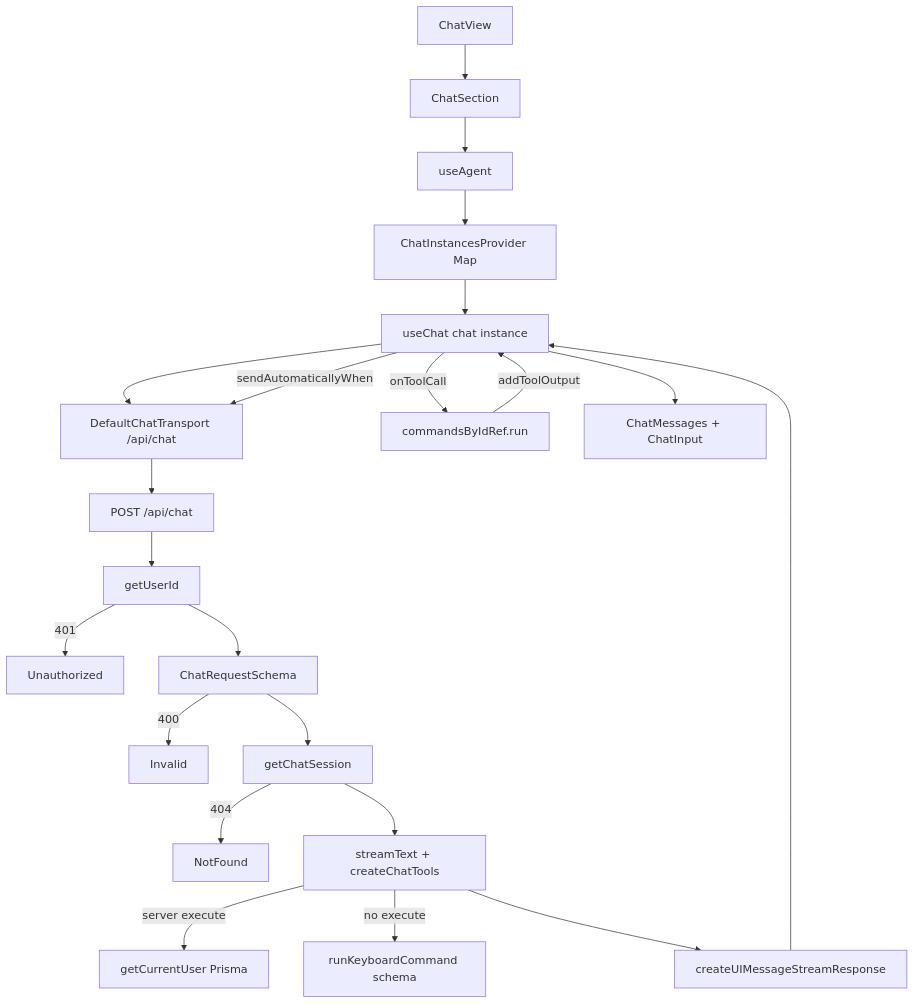
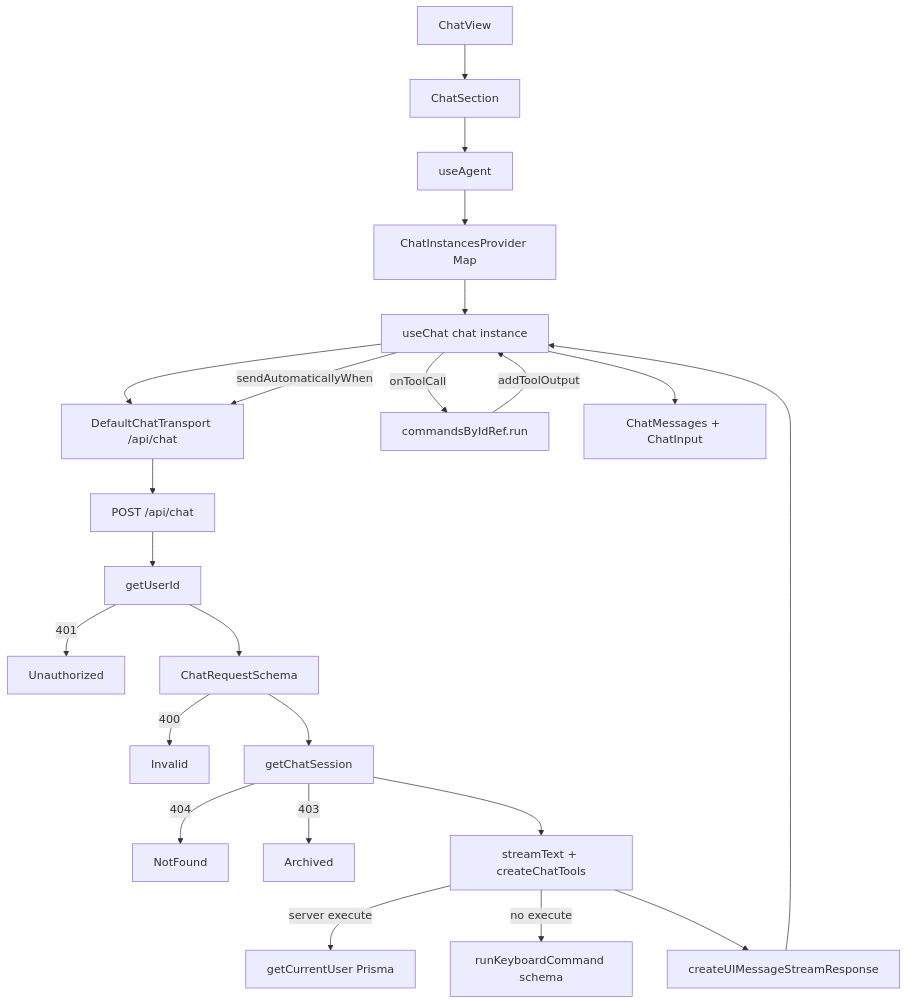
One commit to brandon-cercedo/root-next-template changed the second of 4 diagrams in docs/chatbot.md. Above: the diagram before and after it, drawn with Mermaid. The commit also changed other lines of this file and 32 other files, not shown here.

````diff
--- a/docs/chatbot.md
+++ b/docs/chatbot.md
@@ -73,24 +73,25 @@
 ```mermaid
 flowchart TD
   View["ChatView"] --> Section["ChatSection"]
   Section --> Hook["useAgent"]
   Hook --> Provider["ChatInstancesProvider Map"]
   Provider --> UseChat["useChat chat instance"]
   UseChat --> Transport["DefaultChatTransport /api/chat"]
   Transport --> Route["POST /api/chat"]
   Route --> Auth["getUserId"]
   Auth -->|401| Unauthorized
   Auth --> Parse["ChatRequestSchema"]
   Parse -->|400| Invalid
   Parse --> Owner["getChatSession"]
   Owner -->|404| NotFound
+  Owner -->|403| Archived
   Owner --> Stream["streamText + createChatTools"]
   Stream -->|server execute| GetUser["getCurrentUser Prisma"]
   Stream -->|no execute| KbSchema["runKeyboardCommand schema"]
   Stream --> UI["createUIMessageStreamResponse"]
   UI --> UseChat
   UseChat -->|onToolCall| KbRun["commandsByIdRef.run"]
   KbRun -->|addToolOutput| UseChat
   UseChat -->|sendAutomaticallyWhen| Transport
   UseChat --> Messages["ChatMessages + ChatInput"]
 ```
````
